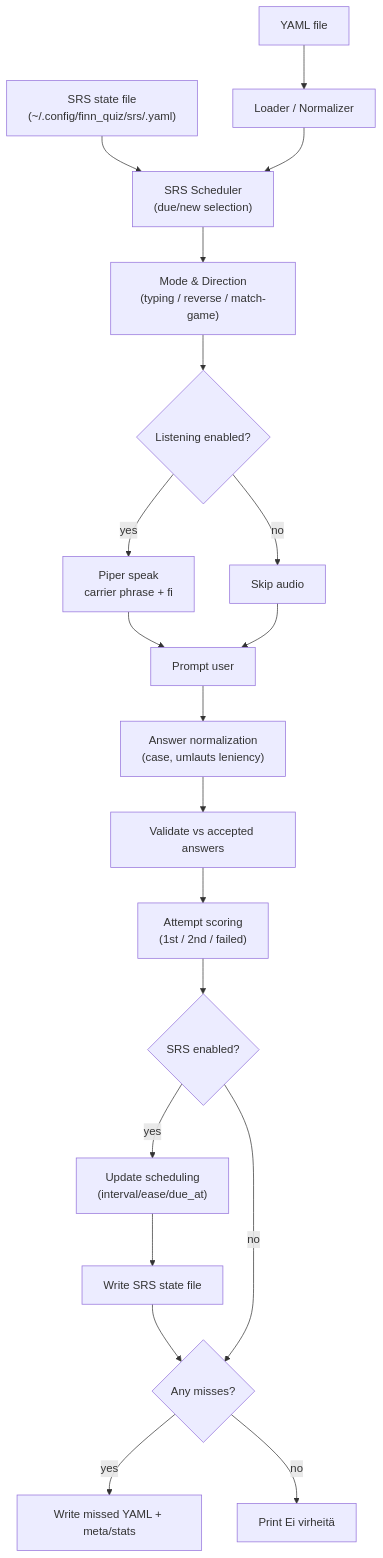
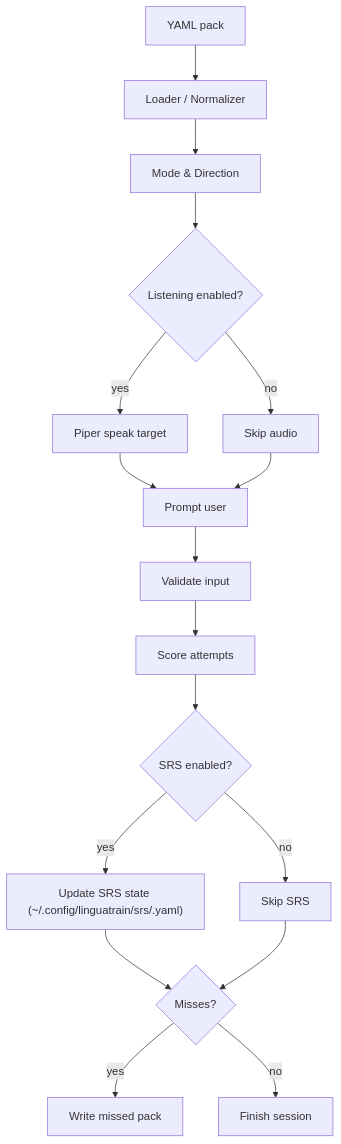
Before and after one commit to wbrisett/linguatrain: the diagram in README.md, drawn with Mermaid. The commit also changed other lines of this file, not shown here.

````diff
--- a/README.md
+++ b/README.md
@@ -217,26 +313,19 @@
-```mermaid
+``` mermaid
 flowchart TD
-  A["YAML file"] --> B["Loader / Normalizer"]
-
-  S["SRS state file<br/>(~/.config/finn_quiz/srs/<pack>.yaml)"] --> T["SRS Scheduler<br/>(due/new selection)"]
-  B --> T
-
-  T --> C["Mode & Direction<br/>(typing / reverse / match-game)"]
+  A["YAML pack"] --> B["Loader / Normalizer"]
+  B --> C["Mode & Direction"]
   C --> D{"Listening enabled?"}
-  D -- yes --> E["Piper speak<br/>carrier phrase + fi"]
+  D -- yes --> E["Piper speak target"]
   D -- no --> F["Skip audio"]
   E --> G["Prompt user"]
-  F --> G["Prompt user"]
-  G --> H["Answer normalization<br/>(case, umlauts leniency)"]
-  H --> I["Validate vs accepted answers"]
-  I --> J["Attempt scoring<br/>(1st / 2nd / failed)"]
-
-  J --> U{"SRS enabled?"}
-  U -- yes --> V["Update scheduling<br/>(interval/ease/due_at)"]
-  V --> W["Write SRS state file"]
-  W --> K{"Any misses?"}
-
-  U -- no --> K
-  K -- yes --> L["Write missed YAML + meta/stats"]
-  K -- no --> M["Print Ei virheitä"]
+  F --> G
+  G --> H["Validate input"]
+  H --> I["Score attempts"]
+  I --> J{"SRS enabled?"}
+  J -- yes --> K["Update SRS state (~/.config/linguatrain/srs/<pack>.yaml)"]
+  J -- no --> L["Skip SRS"]
+  K --> M{"Misses?"}
+  L --> M
+  M -- yes --> N["Write missed pack"]
+  M -- no --> O["Finish session"]
 ```
````
